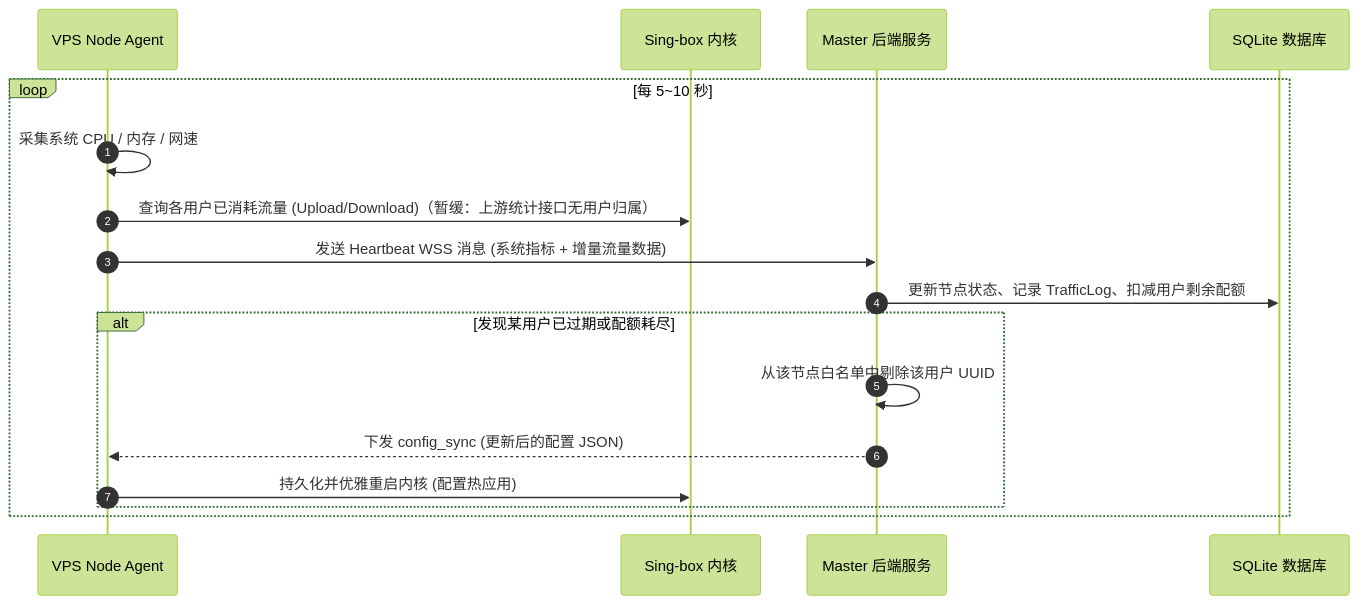
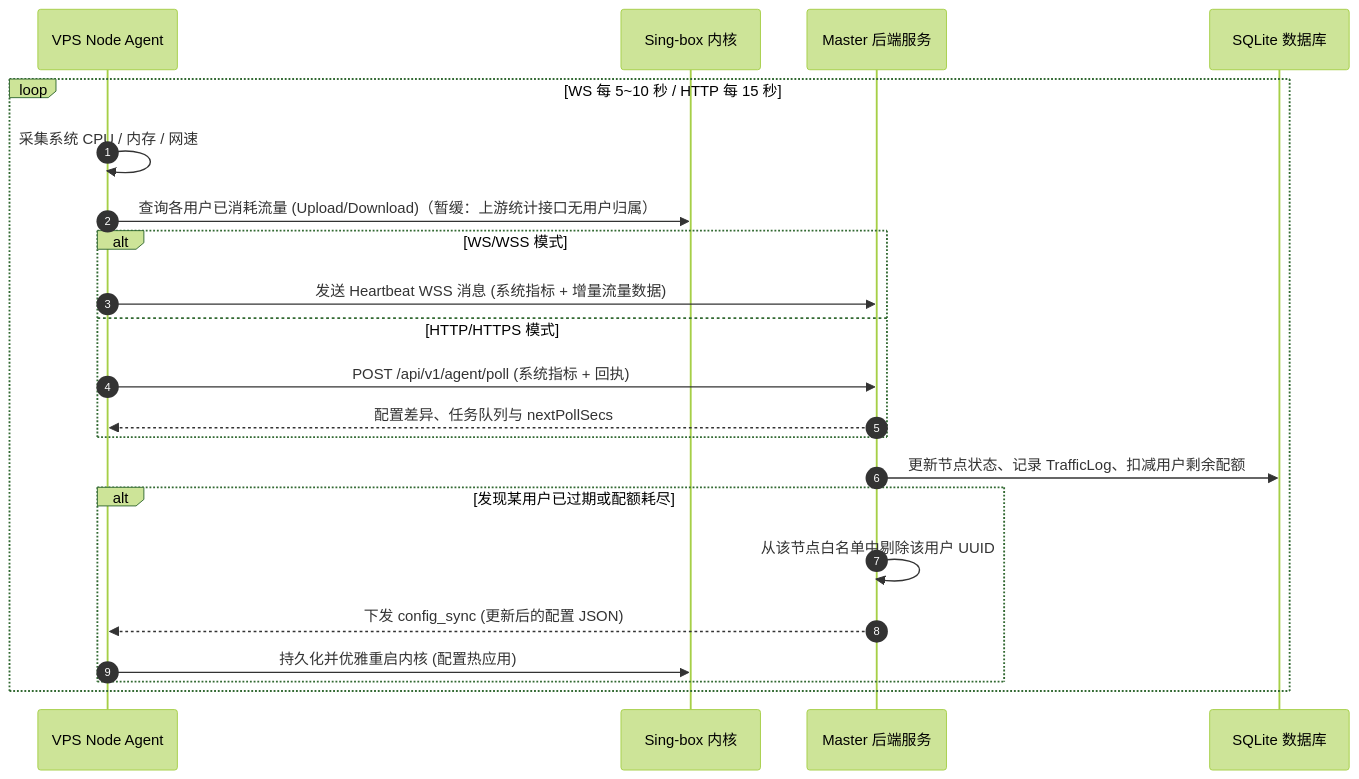
One commit to Nanako660/riricloud changed the third of 5 diagrams in docs/ARCHITECTURE.md. Above: the diagram before and after it, drawn with Mermaid (forest theme). The commit also changed other lines of this file and 39 other files, not shown here.

Commit message:
feat(agent,server): 支持 Agent WS 与 HTTP 轮询双通信模式 (#24)

````diff
--- a/docs/ARCHITECTURE.md
+++ b/docs/ARCHITECTURE.md
@@ -115,21 +121,26 @@
 ```mermaid
 sequenceDiagram
     autonumber
     participant Agent as VPS Node Agent
     participant Singbox as Sing-box 内核
     participant Master as Master 后端服务
     participant DB as SQLite 数据库
 
-    loop 每 5~10 秒
+    loop WS 每 5~10 秒 / HTTP 每 15 秒
         Agent->>Agent: 采集系统 CPU / 内存 / 网速
         Agent->>Singbox: 查询各用户已消耗流量 (Upload/Download)（暂缓：上游统计接口无用户归属）
-        Agent->>Master: 发送 Heartbeat WSS 消息 (系统指标 + 增量流量数据)
+        alt WS/WSS 模式
+            Agent->>Master: 发送 Heartbeat WSS 消息 (系统指标 + 增量流量数据)
+        else HTTP/HTTPS 模式
+            Agent->>Master: POST /api/v1/agent/poll (系统指标 + 回执)
+            Master-->>Agent: 配置差异、任务队列与 nextPollSecs
+        end
         Master->>DB: 更新节点状态、记录 TrafficLog、扣减用户剩余配额
         
         alt 发现某用户已过期或配额耗尽
             Master->>Master: 从该节点白名单中剔除该用户 UUID
             Master-->>Agent: 下发 config_sync (更新后的配置 JSON)
             Agent->>Singbox: 持久化并优雅重启内核 (配置热应用)
         end
     end
 ```
````
